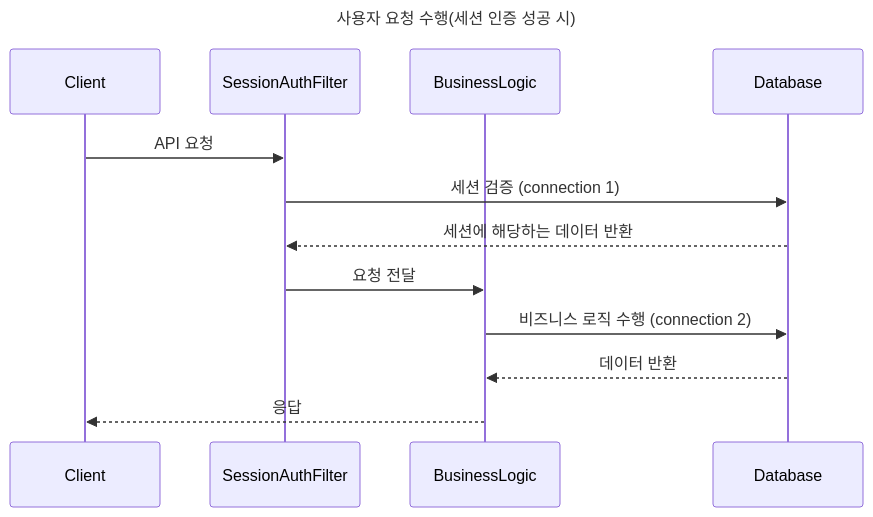
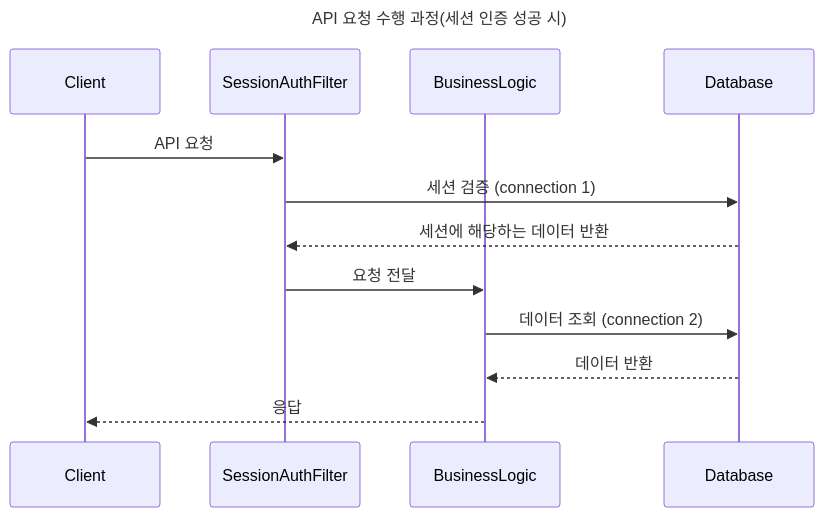
The first of 2 diagrams in practice/스프링 서버 성능 개선.md (Hansanghyun-github/TIL), drawn with Mermaid before and after one commit. The commit also changed other lines of this file, not shown here.

````diff
--- a/practice/스프링 서버 성능 개선.md
+++ b/practice/스프링 서버 성능 개선.md
@@ -67,16 +67,16 @@
 ```mermaid
 sequenceDiagram
-    title 사용자 요청 수행(세션 인증 성공 시)
+    title API 요청 수행 과정(세션 인증 성공 시)
     participant Client
     participant SessionAuthFilter
     participant BusinessLogic
     participant Database
         
     Client->>SessionAuthFilter: API 요청
     SessionAuthFilter->>Database: 세션 검증 (connection 1)
     Database-->>SessionAuthFilter: 세션에 해당하는 데이터 반환
     SessionAuthFilter->>BusinessLogic: 요청 전달
-    BusinessLogic->>Database: 비즈니스 로직 수행 (connection 2)
+    BusinessLogic->>Database: 데이터 조회 (connection 2)
     Database-->>BusinessLogic: 데이터 반환
     BusinessLogic-->>Client: 응답
 ```
````
